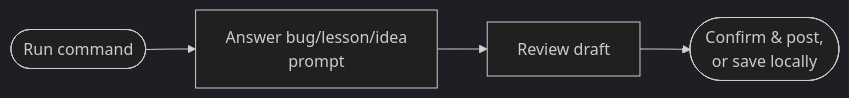
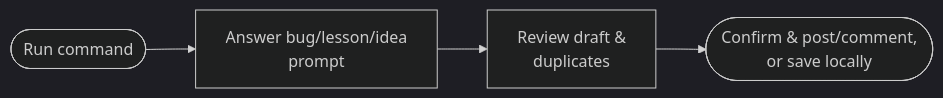
Before and after one commit to gabgoss/planwise: diagram 11 of 12 in plugins/planwise/README.md, drawn with Mermaid (dark theme). The commit also changed other lines of this file and 2 other files, not shown here.

````diff
--- a/plugins/planwise/README.md
+++ b/plugins/planwise/README.md
@@ -438,4 +438,4 @@
 ```mermaid
 flowchart LR
-    A([Run command]) --> B[Answer bug/lesson/idea<br/>prompt] --> C[Review draft] --> D([Confirm &amp; post,<br/>or save locally])
+    A([Run command]) --> B[Answer bug/lesson/idea<br/>prompt] --> C[Review draft &amp;<br/>duplicates] --> D([Confirm &amp; post/comment,<br/>or save locally])
 ```
````
